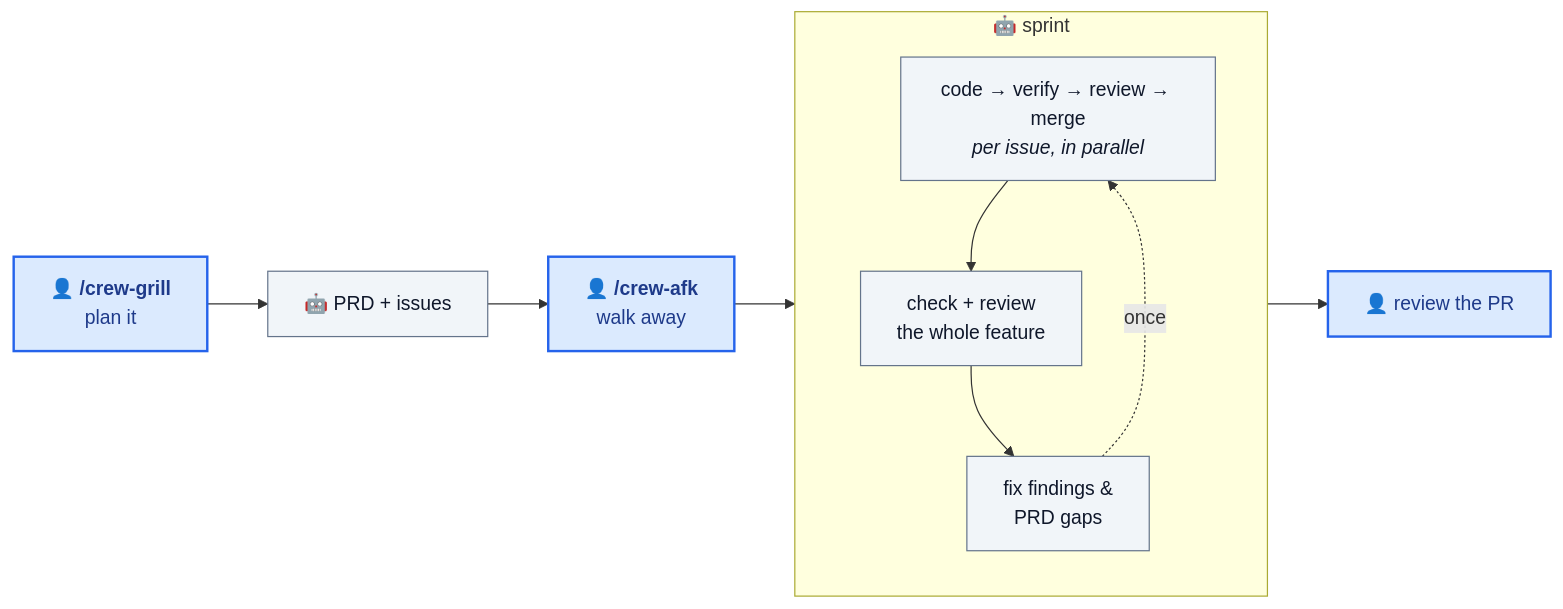
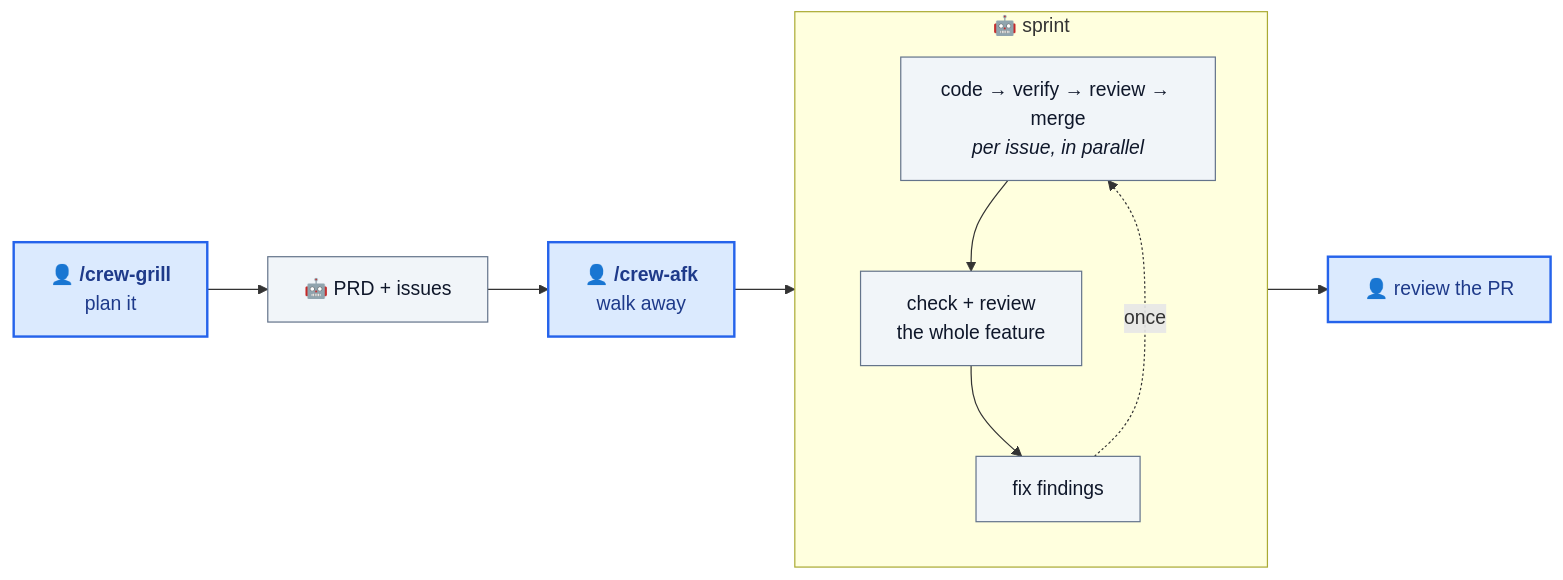
The diagram in README.md (ypxing/coding-crew), drawn with Mermaid before and after one commit. The commit also changed other lines of this file and 45 other files, not shown here.

````diff
--- a/README.md
+++ b/README.md
@@ -45,21 +45,21 @@
 ```mermaid
 flowchart LR
     plan["👤 <b>/crew-grill</b><br/>plan it"] --> issues["🤖 PRD + issues"]
     issues --> afk["👤 <b>/crew-afk</b><br/>walk away"]
 
     subgraph sprint["🤖 sprint"]
         direction TB
         build["code → verify → review → merge<br/><i>per issue, in parallel</i>"]
         check["check + review<br/>the whole feature"]
-        fix["fix findings &<br/>PRD gaps"]
+        fix["fix findings"]
         build --> check --> fix
         fix -. "once" .-> build
     end
 
     afk --> sprint --> pr["👤 review the PR"]
 
     classDef human fill:#dbeafe,stroke:#2563eb,stroke-width:2px,color:#1e3a8a
     classDef bot fill:#f1f5f9,stroke:#64748b,color:#0f172a
     class plan,afk,pr human
     class issues,build,check,fix bot
 ```
````
